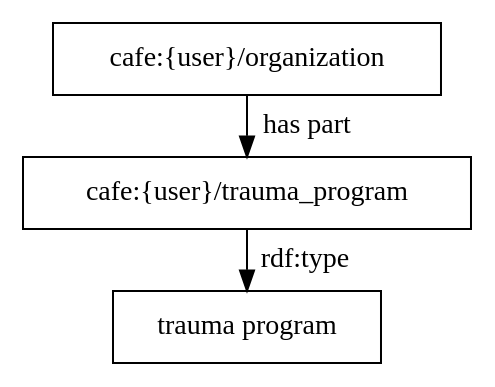
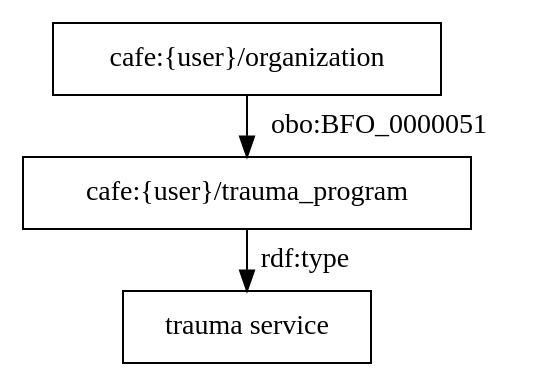
The diagram in cafe/graphs/1.dot (utecht/dideo-server), drawn with Graphviz before and after one commit. The commit also changed 17 other files, not shown here.

```diff
--- a/cafe/graphs/1.dot
+++ b/cafe/graphs/1.dot
@@ -1,5 +1,5 @@
 digraph g { node [shape=rectangle];
 graph [splines=true, nodesep=.5, ranksep=0, overlap=false];
-"cafe:{user}/organization" -> "cafe:{user}/trauma_program" [label="has part"]
-"cafe:{user}/trauma_program" -> "trauma program" [label="rdf:type"]
+"cafe:{user}/organization" -> "cafe:{user}/trauma_program" [label="obo:BFO_0000051"]
+"cafe:{user}/trauma_program" -> "trauma service" [label="rdf:type"]
 }
```
